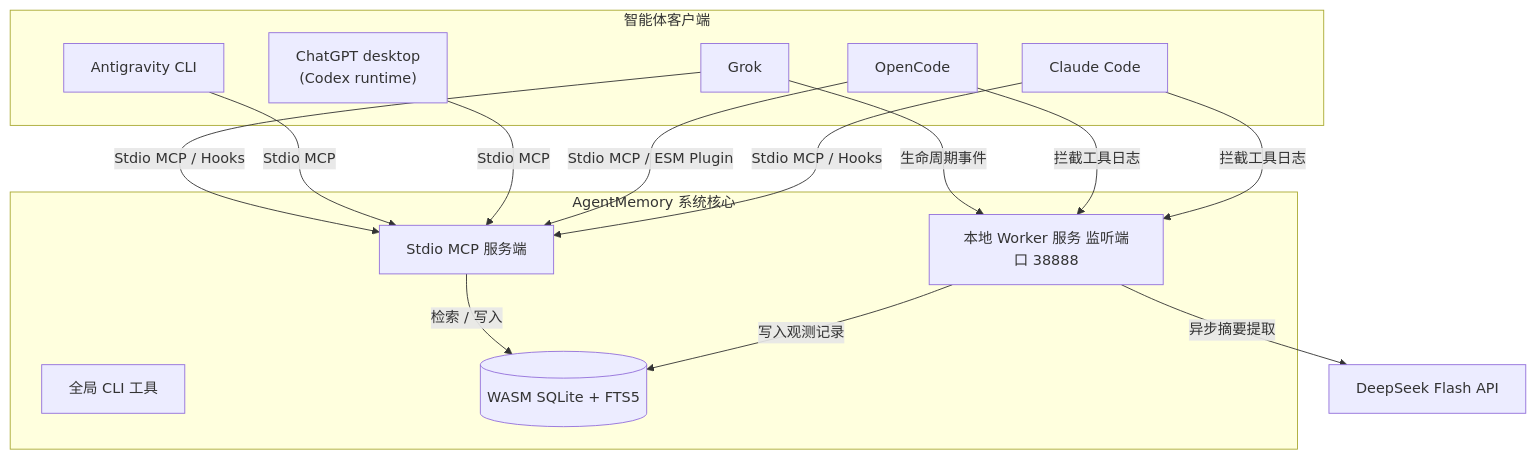
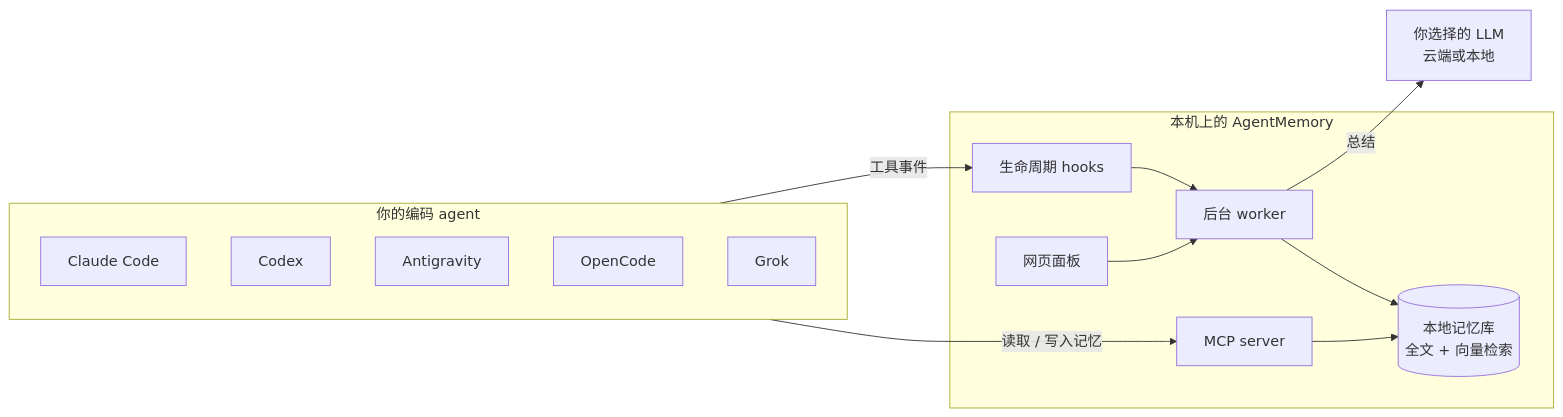
One commit to KuanChen01/AgentMemory changed the diagram in README.zh.md. Above: the diagram before and after it, drawn with Mermaid. The commit also changed other lines of this file and 11 other files, not shown here.

First line of the commit message:
docs(readme): public-beta README, install guide and reference, generic diagram

````diff
--- a/README.zh.md
+++ b/README.zh.md
@@ -24,31 +69,27 @@
 ```mermaid
-graph TD
-    subgraph Clients [智能体客户端]
+graph LR
+    subgraph Agents [你的编码 agent]
         CC[Claude Code]
+        CX[Codex]
+        AG[Antigravity]
         OC[OpenCode]
-        CX["ChatGPT desktop<br/>(Codex runtime)"]
-        AG[Antigravity CLI]
         GK[Grok]
     end
 
-    subgraph AgentMemory Core [AgentMemory 系统核心]
-        CLI[全局 CLI 工具]
-        Worker[本地 Worker 服务 监听端口 38888]
-        MCP[Stdio MCP 服务端]
-        DB[(WASM SQLite + FTS5)]
+    subgraph Local [本机上的 AgentMemory]
+        Hooks[生命周期 hooks]
+        Worker[后台 worker]
+        MCP[MCP server]
+        DB[(本地记忆库<br/>全文 + 向量检索)]
+        UI[网页面板]
     end
 
-    CC -- Stdio MCP / Hooks --> MCP
-    OC -- Stdio MCP / ESM Plugin --> MCP
-    CX -- Stdio MCP --> MCP
-    AG -- Stdio MCP --> MCP
-    GK -- Stdio MCP / Hooks --> MCP
+    LLM[你选择的 LLM<br/>云端或本地]
 
-    CC -- 拦截工具日志 --> Worker
-    OC -- 拦截工具日志 --> Worker
-    GK -- 生命周期事件 --> Worker
-
-    Worker -- 异步摘要提取 --> LLM[DeepSeek Flash API]
-    Worker -- 写入观测记录 --> DB
-    MCP -- 检索 / 写入 --> DB
+    Agents -- 工具事件 --> Hooks --> Worker
+    Agents -- 读取 / 写入记忆 --> MCP
+    Worker -- 总结 --> LLM
+    Worker --> DB
+    MCP --> DB
+    UI --> Worker
 ```
````
